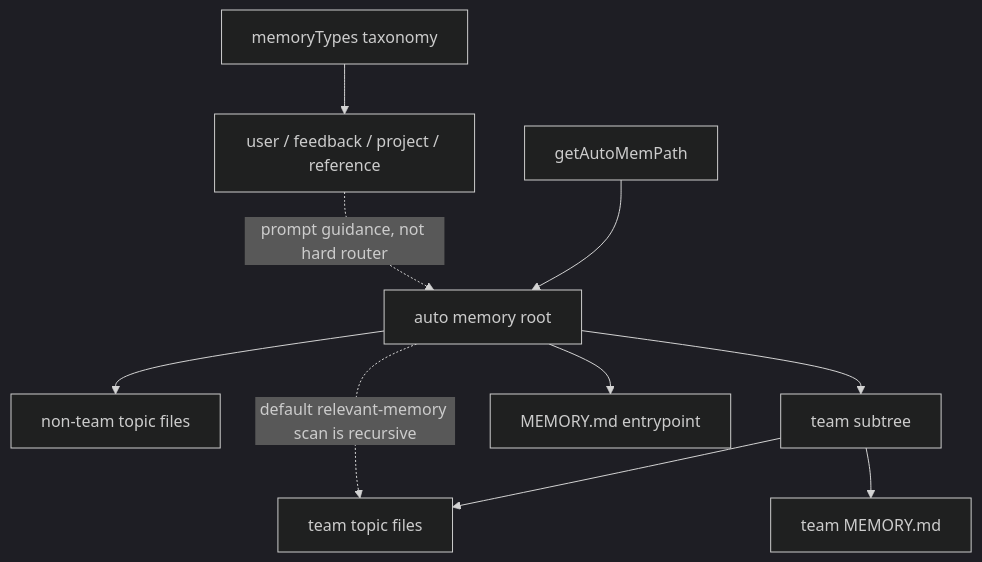
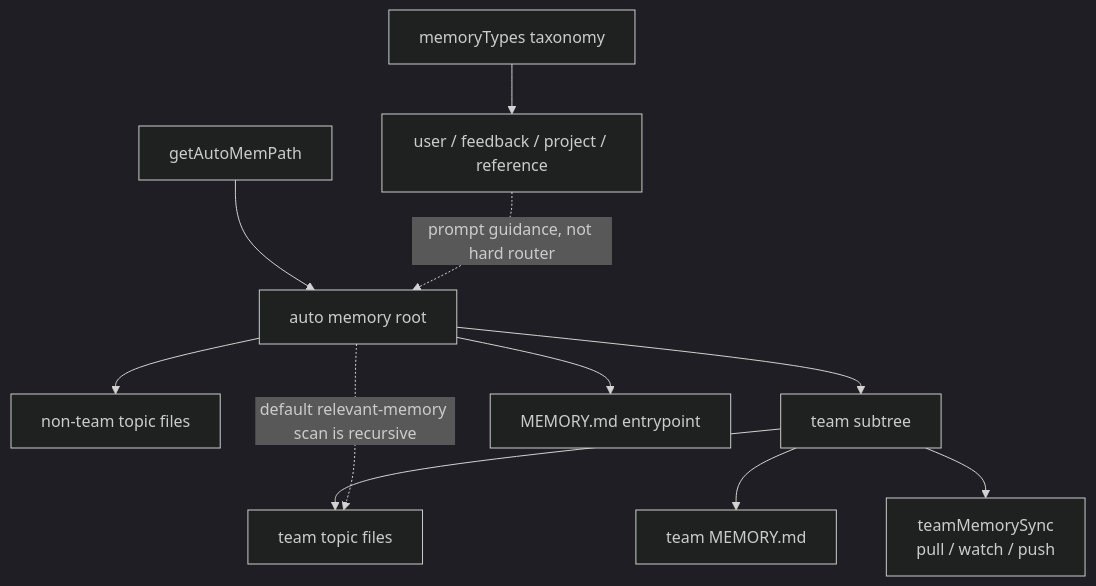
The second of 2 diagrams in MODULES/03-persistent-memory-system/DEEP/README.md (Boulea7/ClaudeCode-Source-DeepDive), drawn with Mermaid (dark theme) before and after one commit. The commit also changed other lines of this file and 6 other files, not shown here.

````diff
--- a/MODULES/03-persistent-memory-system/DEEP/README.md
+++ b/MODULES/03-persistent-memory-system/DEEP/README.md
@@ -301,12 +311,13 @@
 ```mermaid
 flowchart TD
     A[getAutoMemPath] --> B[auto memory root]
     B --> C[non-team topic files]
     B --> D[team subtree]
     B --> E[MEMORY.md entrypoint]
     D --> F[team topic files]
     D --> G[team MEMORY.md]
+    D --> J[teamMemorySync<br/>pull / watch / push]
     H[memoryTypes taxonomy] --> I[user / feedback / project / reference]
     I -. prompt guidance, not hard router .-> B
     B -. default relevant-memory scan is recursive .-> F
 ```
````
